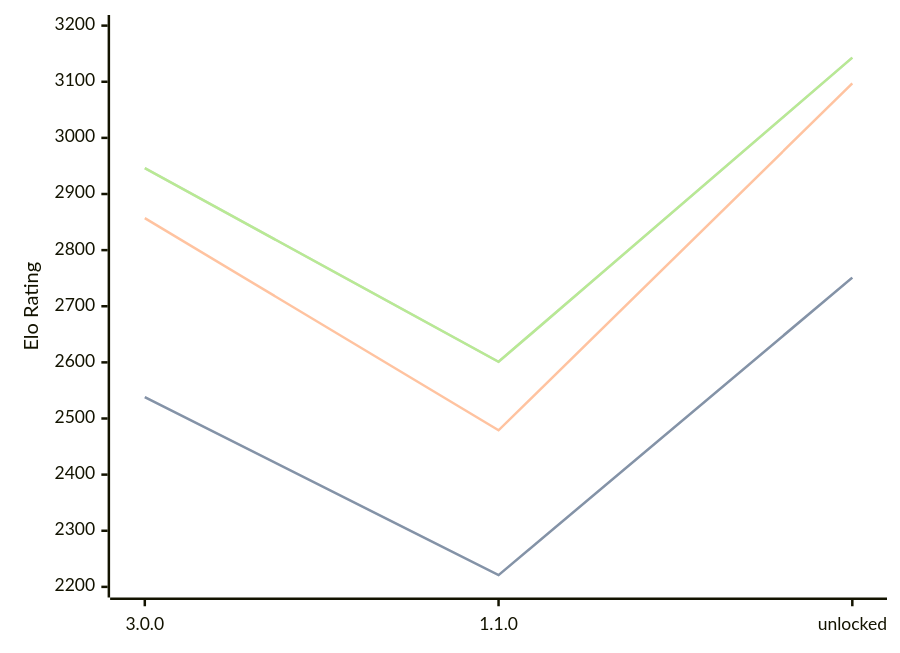
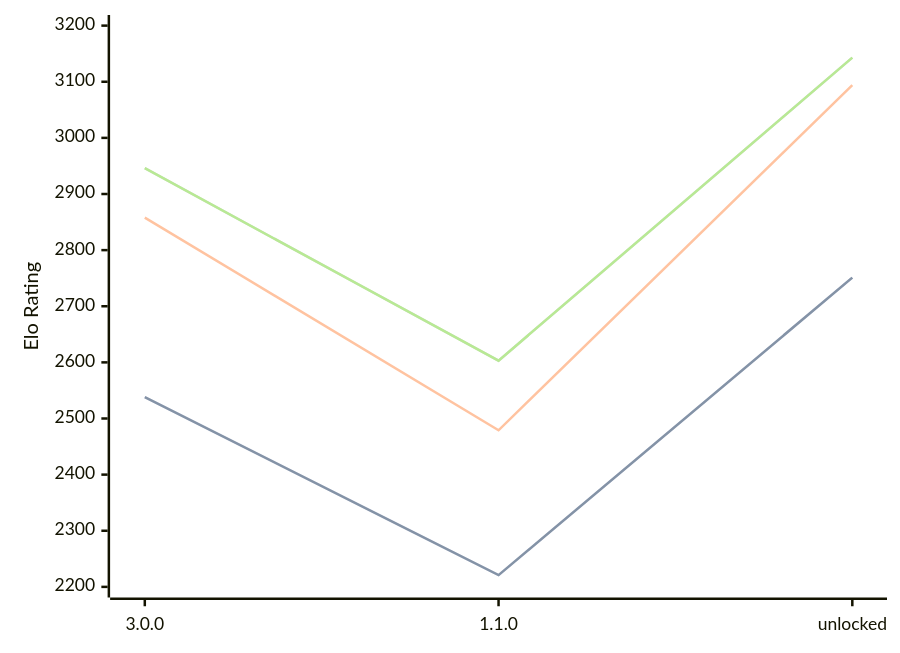
One commit to computer-chess-index/cci changed the diagram in engines/Potential.md. Above: the diagram before and after it, drawn with Mermaid. The commit also changed other lines of this file, not shown here.

Commit message:
Update CCI Ratings (ELO VLTC) - 2026-09-08

````diff
--- a/engines/Potential.md
+++ b/engines/Potential.md
@@ -33,11 +33,11 @@
 ```mermaid
 %%{init: {"theme":"base","themeVariables":{"seriesColors:['#a3a3a3','#222221','#faa371']}}}%%
 xychart-beta
   x-axis ["3.0.0", "1.1.0", "unlocked"]
   y-axis "Elo Rating" 2200 --> 3200
   line "" [2538, 2221, 2751]
   line "STC (8.0+0.08s)" [2538, 2221, 2751]
-  line "LTC (60.0+0.60s)" [2857, 2479, 3097]
-  line "" [2946, 2601, 3143]
-  line "VLTC (2m24s+1.12s)" [2946, 2601, 3143]
+  line "LTC (60.0+0.60s)" [2858, 2479, 3094]
+  line "" [2946, 2603, 3143]
+  line "VLTC (2m24s+1.12s)" [2946, 2603, 3143]
 ```
````
